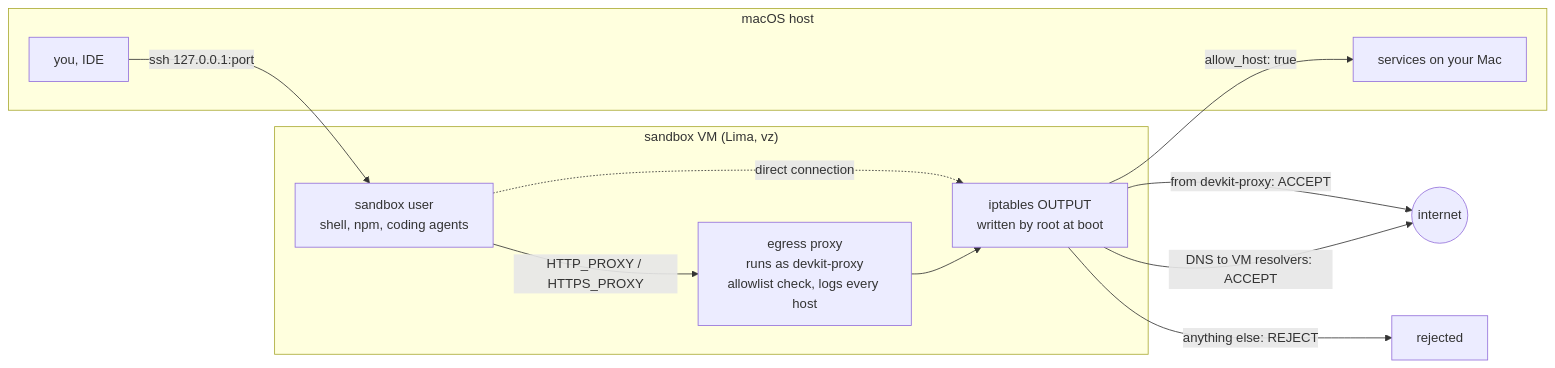
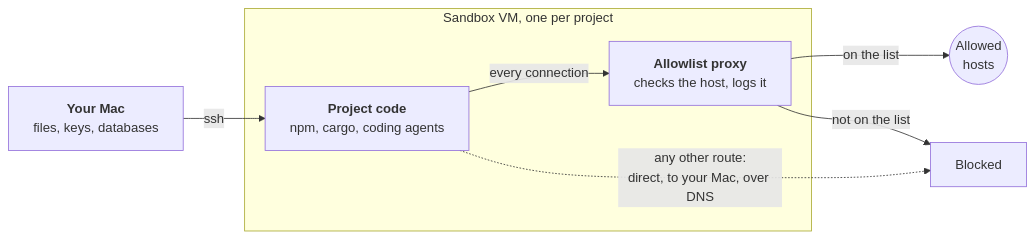
The diagram in README.md (jurajpiar/devkit), drawn with Mermaid before and after one commit. The commit also changed other lines of this file and 11 other files, not shown here.

````diff
--- a/README.md
+++ b/README.md
@@ -65,23 +73,16 @@
 ```mermaid
 flowchart LR
-    subgraph host["macOS host"]
-        you["you, IDE"]
-        svc["services on your Mac"]
+    mac["<b>Your Mac</b><br/>files, keys, databases"]
+    subgraph vm["Sandbox VM, one per project"]
+        code["<b>Project code</b><br/>npm, cargo, coding agents"]
+        proxy["<b>Allowlist proxy</b><br/>checks the host, logs it"]
     end
-    subgraph vm["sandbox VM (Lima, vz)"]
-        user["sandbox user<br/>shell, npm, coding agents"]
-        proxy["egress proxy<br/>runs as devkit-proxy<br/>allowlist check, logs every host"]
-        fw["iptables OUTPUT<br/>written by root at boot"]
-    end
-    net(("internet"))
-    blocked["rejected"]
+    ok(("Allowed<br/>hosts"))
+    no["Blocked"]
 
-    you -- "ssh 127.0.0.1:port" --> user
-    user -- "HTTP_PROXY / HTTPS_PROXY" --> proxy
-    user -. "direct connection" .-> fw
-    proxy --> fw
-    fw -- "from devkit-proxy: ACCEPT" --> net
-    fw -- "DNS to VM resolvers: ACCEPT" --> net
-    fw -- "allow_host: true" --> svc
-    fw -- "anything else: REJECT" --> blocked
+    mac -- "ssh" --> code
+    code -- "every connection" --> proxy
+    proxy -- "on the list" --> ok
+    proxy -- "not on the list" --> no
+    code -. "any other route:<br/>direct, to your Mac, over DNS" .-> no
 ```
````
